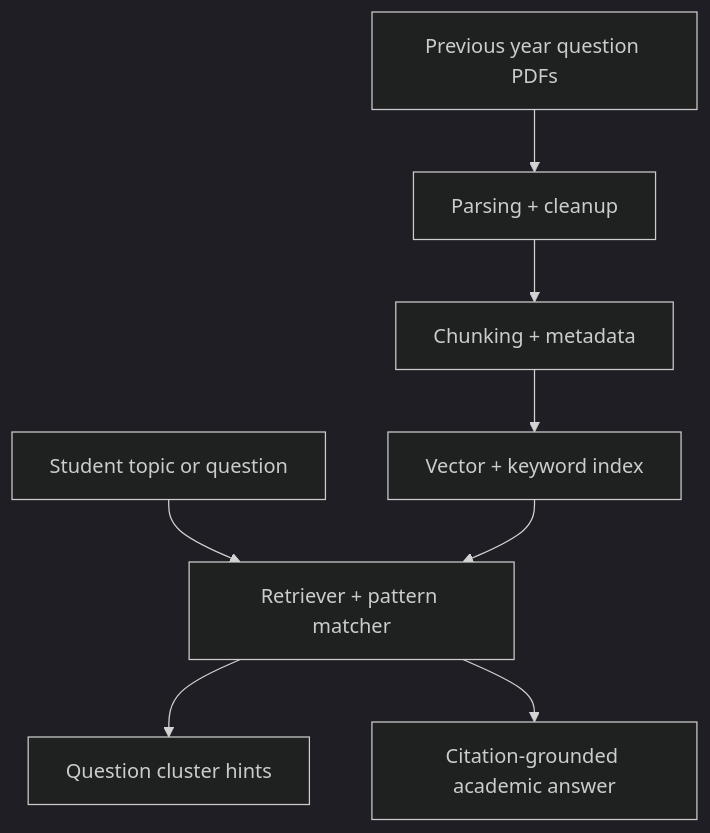
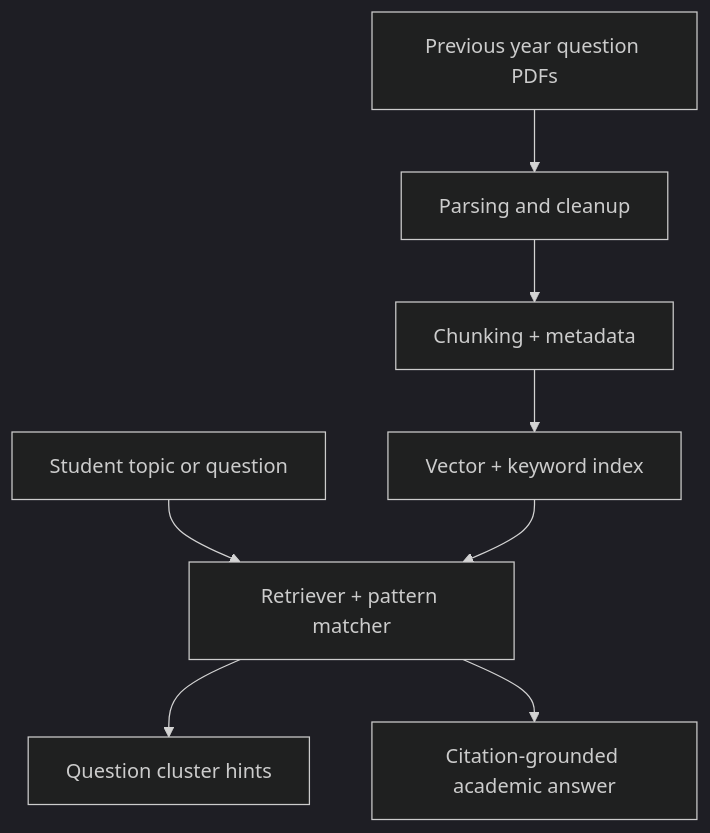
The fourth of 4 diagrams in ARCHITECTURE.md (tauqxxr7/scholr), drawn with Mermaid (dark theme) before and after one commit. The commit also changed other lines of this file and 7 other files, not shown here.

````diff
--- a/ARCHITECTURE.md
+++ b/ARCHITECTURE.md
@@ -116,10 +114,10 @@
 ```mermaid
 flowchart TD
-    PYQ["Previous year question PDFs"] --> PX["Parsing + cleanup"]
+    PYQ["Previous year question PDFs"] --> PX["Parsing and cleanup"]
     PX --> PK["Chunking + metadata"]
     PK --> PV["Vector + keyword index"]
     Student["Student topic or question"] --> PR["Retriever + pattern matcher"]
     PV --> PR
     PR --> PH["Question cluster hints"]
     PR --> PA["Citation-grounded academic answer"]
 ```
````
